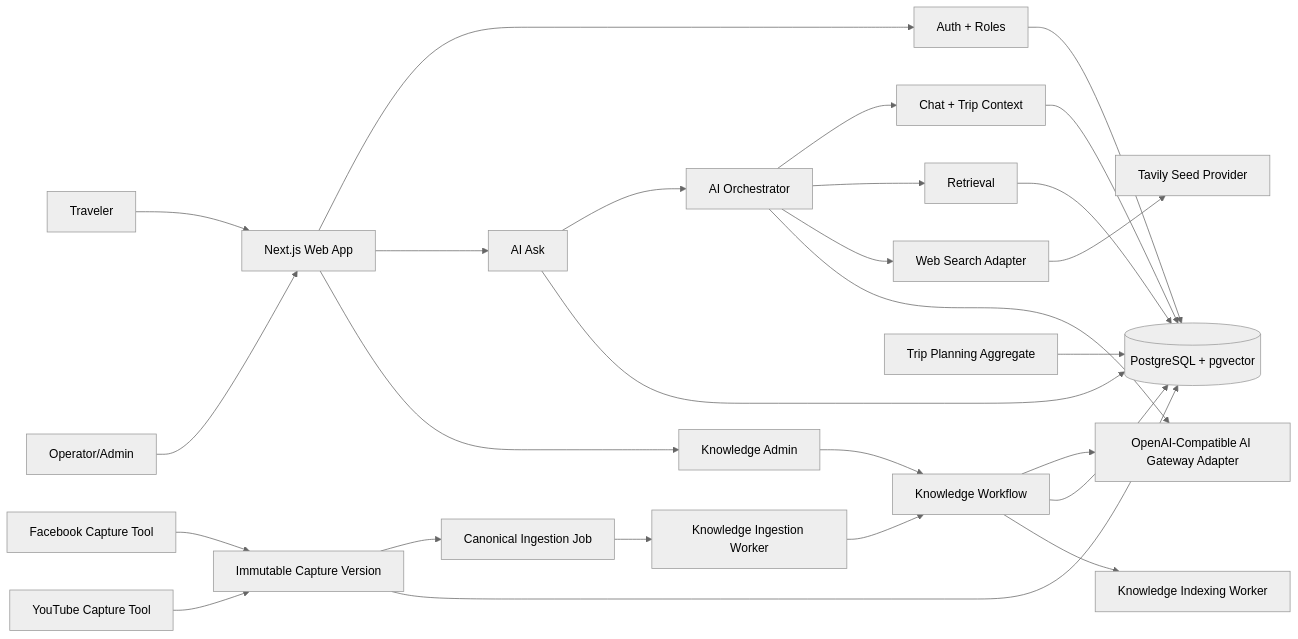
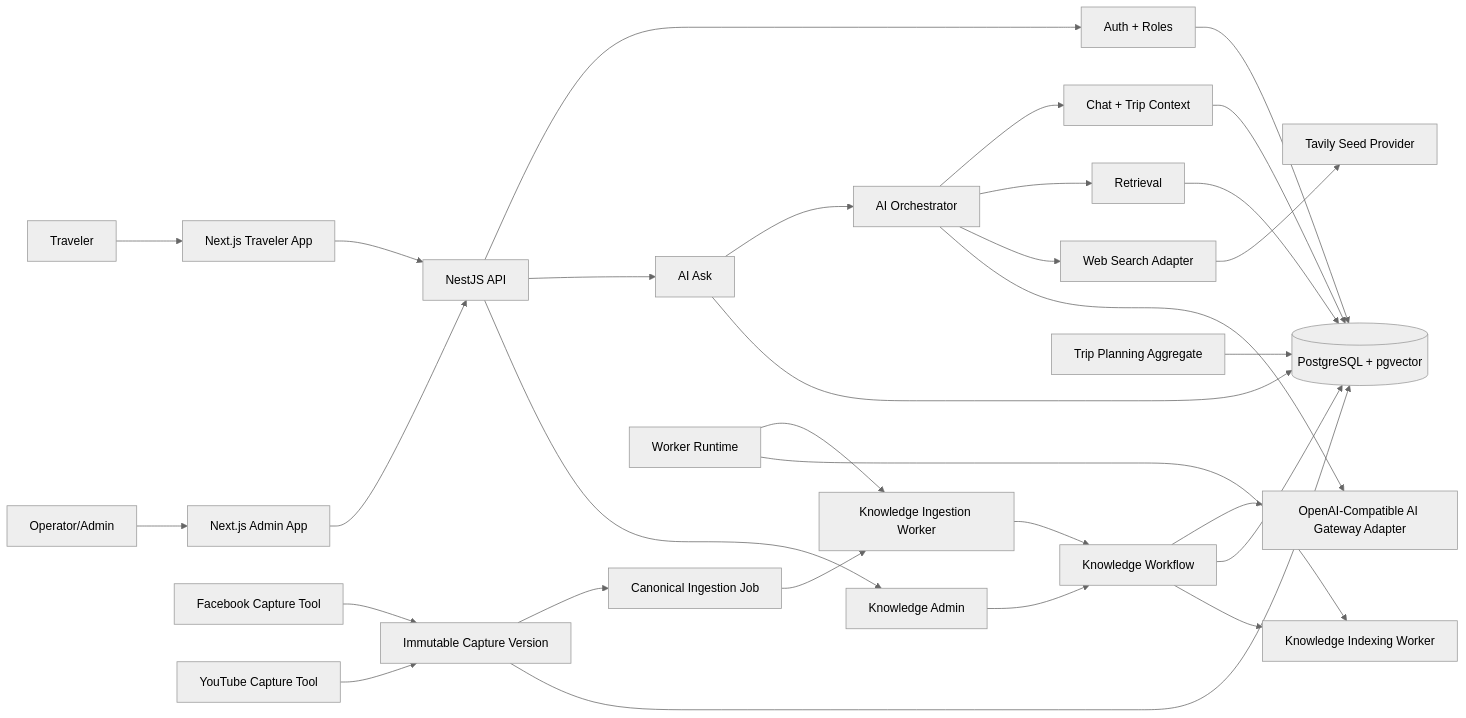
The first of 3 diagrams in _bmad-output/planning-artifacts/architecture/architecture-xuyenviet-2026-07-04/ARCHITECTURE-SPINE.md (tonytippi/xuyenviet), drawn with Mermaid (neutral theme) before and after one commit. The commit also changed other lines of this file and 30 other files, not shown here.

````diff
--- a/_bmad-output/planning-artifacts/architecture/architecture-xuyenviet-2026-07-04/ARCHITECTURE-SPINE.md
+++ b/_bmad-output/planning-artifacts/architecture/architecture-xuyenviet-2026-07-04/ARCHITECTURE-SPINE.md
@@ -21,29 +26,33 @@
 ```mermaid
 flowchart LR
-  Traveler[Traveler] --> Web[Next.js Web App]
-  Operator[Operator/Admin] --> Web
-  Web --> Auth[Auth + Roles]
-  Web --> Chat[AI Ask]
-  Web --> Admin[Knowledge Admin]
+  Traveler[Traveler] --> TravelerWeb[Next.js Traveler App]
+  Operator[Operator/Admin] --> AdminWeb[Next.js Admin App]
+  TravelerWeb --> API[NestJS API]
+  AdminWeb --> API
+  API --> Auth[Auth + Roles]
+  API --> Chat[AI Ask]
+  API --> Admin[Knowledge Admin]
   Chat --> Orchestrator[AI Orchestrator]
   Admin --> Knowledge[Knowledge Workflow]
   Orchestrator --> ChatContext[Chat + Trip Context]
   Orchestrator --> Retrieval[Retrieval]
   Orchestrator --> Search[Web Search Adapter]
   Orchestrator --> AIGateway[OpenAI-Compatible AI Gateway Adapter]
   Knowledge --> AIGateway
   ChatContext --> DB[(PostgreSQL + pgvector)]
   TripPlan[Trip Planning Aggregate] --> DB
   Retrieval --> DB
   Knowledge --> DB
   FacebookCapture[Facebook Capture Tool] --> CaptureVersion[Immutable Capture Version]
   YoutubeCapture[YouTube Capture Tool] --> CaptureVersion
   CaptureVersion --> IngestionJob[Canonical Ingestion Job]
   IngestionJob --> IngestionWorker[Knowledge Ingestion Worker]
   IngestionWorker --> Knowledge
   Knowledge --> IndexingWorker[Knowledge Indexing Worker]
+  Worker[Worker Runtime] --> IngestionWorker
+  Worker --> IndexingWorker
   CaptureVersion --> DB
   Auth --> DB
   Chat --> DB
   Search --> Tavily[Tavily Seed Provider]
 ```
````
